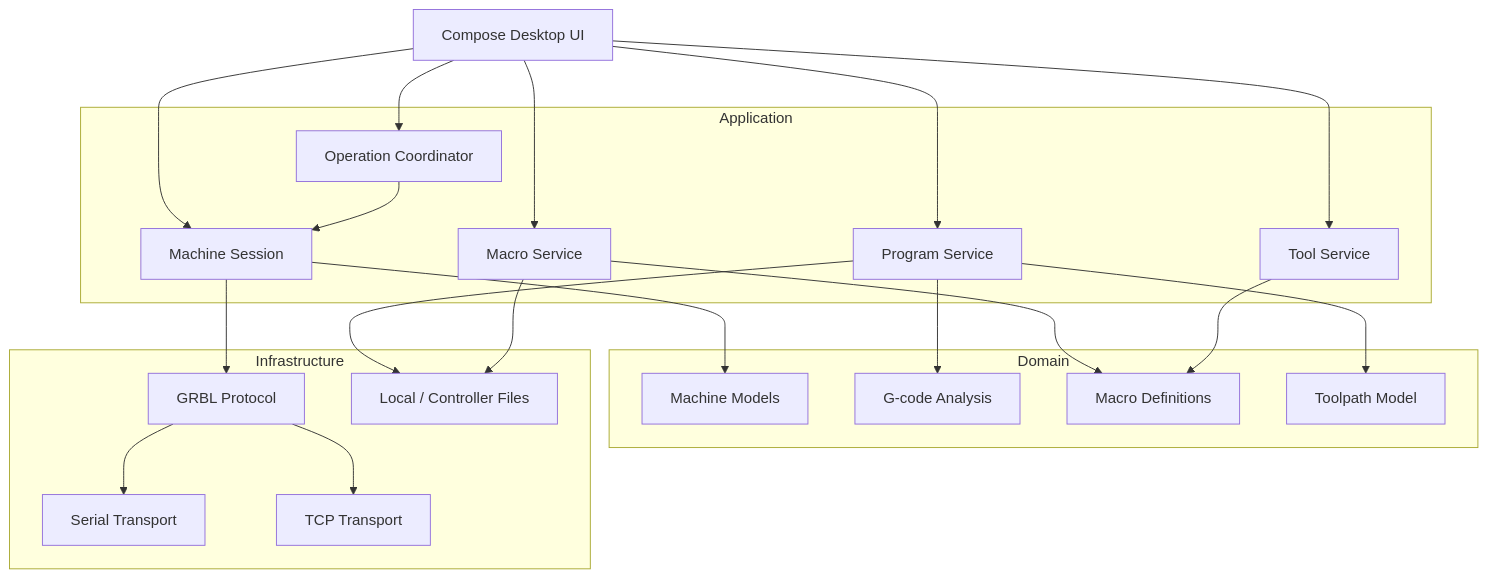
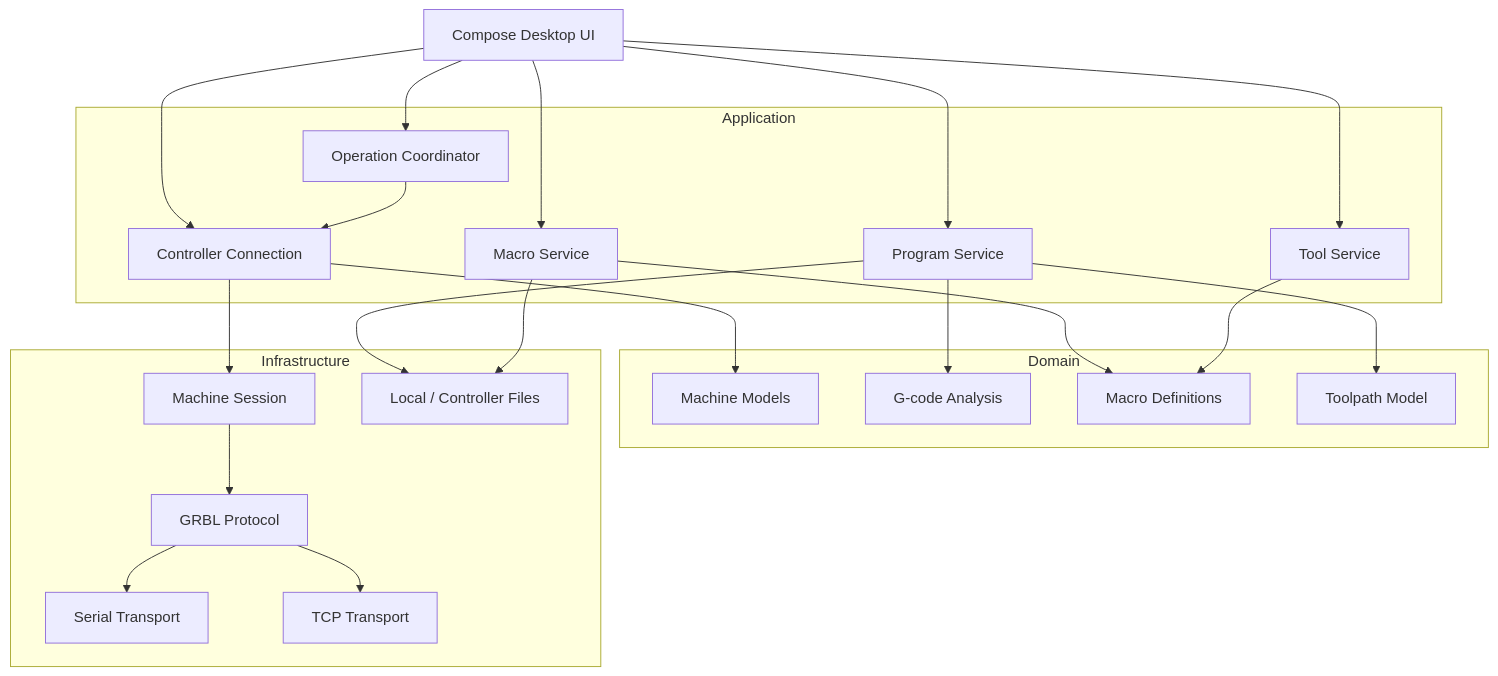
The diagram in docs/architecture.md (skasti/grbl-commander), drawn with Mermaid before and after one commit. The commit also changed other lines of this file and 31 other files, not shown here.

````diff
--- a/docs/architecture.md
+++ b/docs/architecture.md
@@ -61,43 +61,45 @@
 ```mermaid
 flowchart TB
     UI["Compose Desktop UI"]
 
     subgraph APP["Application"]
-        MC["Machine Session"]
+        MC["Controller Connection"]
         OPS["Operation Coordinator"]
         PROG["Program Service"]
         MAC["Macro Service"]
         TOOLS["Tool Service"]
     end
 
     subgraph DOMAIN["Domain"]
         STATE["Machine Models"]
         GCODE["G-code Analysis"]
         META["Macro Definitions"]
         PATH["Toolpath Model"]
     end
 
     subgraph INFRA["Infrastructure"]
+        SESSION["Machine Session"]
         PROTO["GRBL Protocol"]
         SERIAL["Serial Transport"]
         TCP["TCP Transport"]
         FILES["Local / Controller Files"]
     end
 
     UI --> MC
     UI --> OPS
     UI --> PROG
     UI --> MAC
     UI --> TOOLS
     MC --> STATE
     OPS --> MC
     PROG --> GCODE
     PROG --> PATH
     MAC --> META
     TOOLS --> META
-    MC --> PROTO
+    MC --> SESSION
+    SESSION --> PROTO
     PROTO --> SERIAL
     PROTO --> TCP
     PROG --> FILES
     MAC --> FILES
 ```
````
